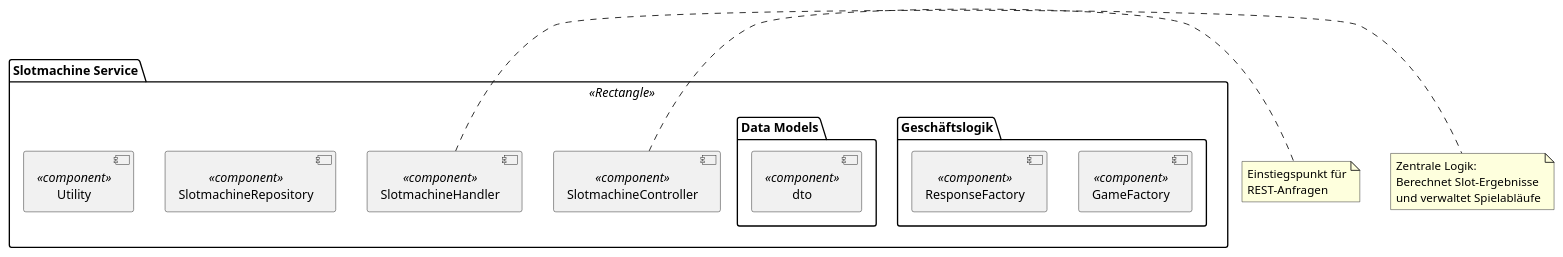
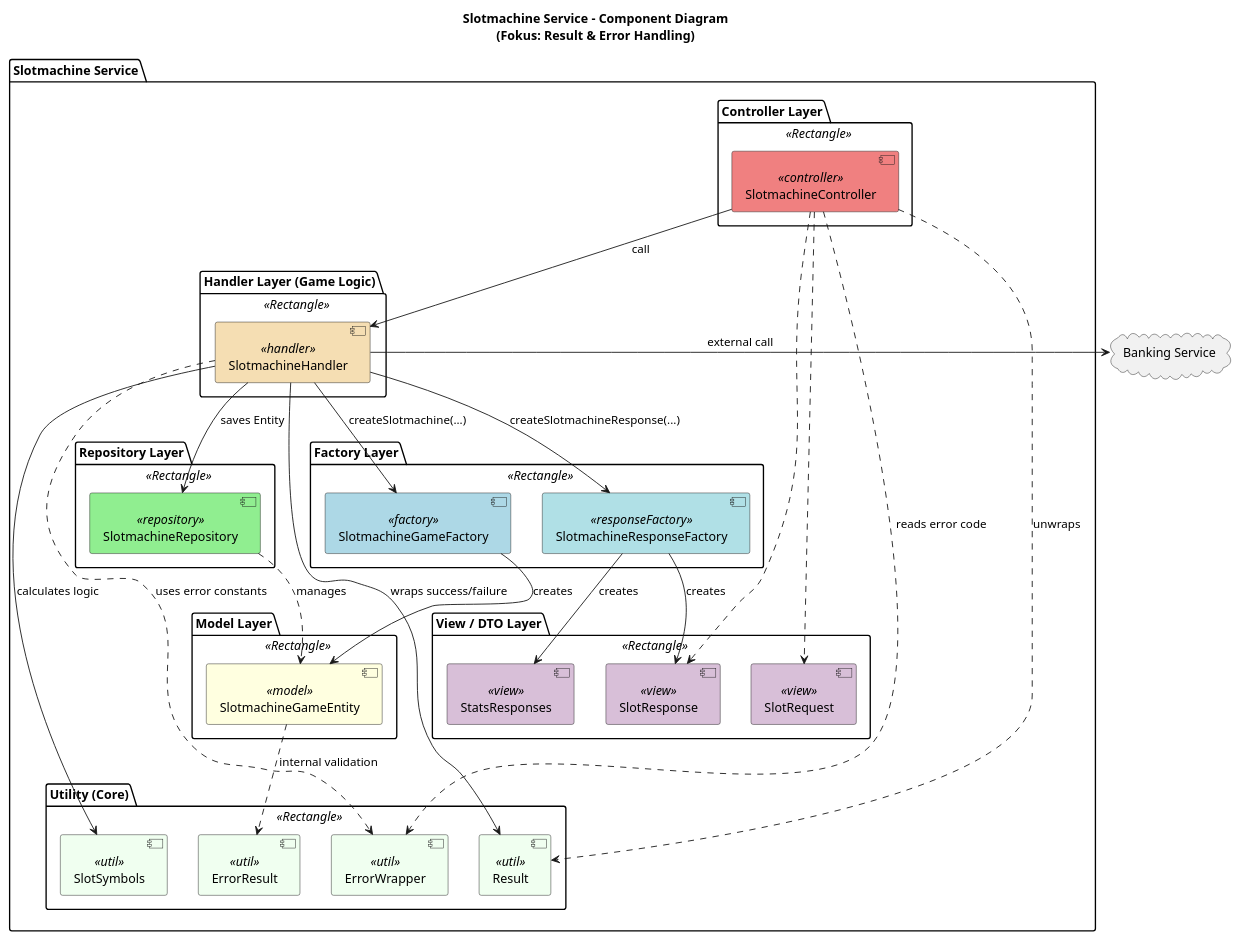
The diagram in diagrams/slotmachine-intern.puml (McRicecorn/Casino), drawn with PlantUML before and after one commit. The commit also changed 1 other file, not shown here.

Commit message:
Slotmachine plantUML fertig

```diff
--- a/diagrams/slotmachine-intern.puml
+++ b/diagrams/slotmachine-intern.puml
@@ -1,49 +1,86 @@
-@startuml Slotmachine Service - Interne Architektur
+@startuml Slotmachine Service - Internal Component Architecture
 
 skinparam component {
     BackgroundColor<<controller>> LightCoral
     BackgroundColor<<handler>> Wheat
-    BackgroundColor<<service>> LightBlue
-    BackgroundColor<<logic>> LightSkyBlue
-    BackgroundColor<<client>> Thistle
+    BackgroundColor<<factory>> LightBlue
     BackgroundColor<<repository>> LightGreen
     BackgroundColor<<model>> LightYellow
-    BackgroundColor<<view>> LightGray
+    BackgroundColor<<view>> Thistle
     BackgroundColor<<util>> HoneyDew
+    BackgroundColor<<responseFactory>> PowderBlue
 }
 
-package "Slotmachine Service" <<Rectangle>> {
+title Slotmachine Service - Component Diagram\n(Fokus: Result & Error Handling)
 
-    component [SlotmachineController] as Controller <<component>>
-    component [SlotmachineHandler] as Handler <<component>>
-    component [SlotmachineRepository] as Repo <<component>>
+package "Slotmachine Service" {
 
-    package "Geschäftslogik" {
-        component [SlotmachineHandler] as Handler <<component>>
-        component [GameFactory] as Factory <<component>>
-        component [ResponseFactory] as RFactory <<component>>
+    package "Controller Layer" <<Rectangle>> {
+        component [SlotmachineController] as sc <<controller>>
     }
 
-    component [SlotmachineRepository] as Repo <<component>>
-
-    package "Data Models" {
-        component [dto] as dto <<component>>
-        component [dto] as dto <<component>>
+    package "Handler Layer (Game Logic)" <<Rectangle>> {
+        component [SlotmachineHandler] as sh <<handler>>
     }
 
-    component [Utility] as Util <<component>>
+    package "Factory Layer" <<Rectangle>> {
+        component [SlotmachineGameFactory] as gf <<factory>>
+        component [SlotmachineResponseFactory] as rf <<responseFactory>>
+    }
 
+    package "Model Layer" <<Rectangle>> {
+        component [SlotmachineGameEntity] as ge <<model>>
+    }
+
+    package "Repository Layer" <<Rectangle>> {
+        component [SlotmachineRepository] as repo <<repository>>
+    }
+
+    package "View / DTO Layer" <<Rectangle>> {
+        component [SlotRequest] as sreq <<view>>
+        component [SlotResponse] as sres <<view>>
+        component [StatsResponses] as stats <<view>>
+    }
+
+    package "Utility (Core)" <<Rectangle>> {
+        component [Result] as res <<util>>
+        component [ErrorResult] as eres <<util>>
+        component [ErrorWrapper] as ew <<util>>
+        component [SlotSymbols] as sym <<util>>
+    }
 }
 
-note right of Controller
-  Einstiegspunkt für
-  REST-Anfragen
-end note
+cloud "Banking Service" as banking
 
-note right of Handler
-  Zentrale Logik:
-  Berechnet Slot-Ergebnisse
-  und verwaltet Spielabläufe
-end note
+' --- Relationships ---
+
+' Controller nutzt Result zur Entscheidung
+sc --> sh : call
+sc ..> res : "unwraps"
+sc ..> ew : "reads error code"
+
+' Handler nutzt Result/Error zur Rückgabe
+sh --> res : "wraps success/failure"
+sh ..> ew : "uses error constants"
+sh --> sym : "calculates logic"
+sh --right--> banking : "external call"
+
+' Handler nutzt die Factories
+sh --> gf : "createSlotmachine(...)"
+sh --> rf : "createSlotmachineResponse(...)"
+
+' Factory & Model Validierung
+gf --> ge : creates
+ge ..> eres : "internal validation"
+rf --> sres : creates
+rf --> stats : creates
+
+' Persistence
+sh --> repo : saves Entity
+repo ..> ge : manages
+
+' DTO Usage
+sc ..> sreq
+sc ..> sres
 
 @enduml
```
